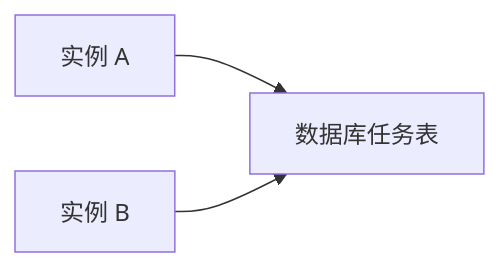
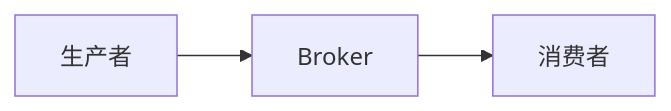
The diagram in images/Java-concurrency/IMG-20260707-000194.mmd (rebibabo/rebibabo.github.io), drawn with Mermaid before and after one commit. The commit also changed 341 other files, not shown here.

```diff
--- a/images/Java-concurrency/IMG-20260707-000194.mmd
+++ b/images/Java-concurrency/IMG-20260707-000194.mmd
@@ -1,3 +1,2 @@
 flowchart LR
-    InstanceA["实例 A"] --> TaskTable["数据库任务表"]
-    InstanceB["实例 B"] --> TaskTable
+    Producer["生产者"] --> Broker["Broker"] --> Consumer["消费者"]
```
